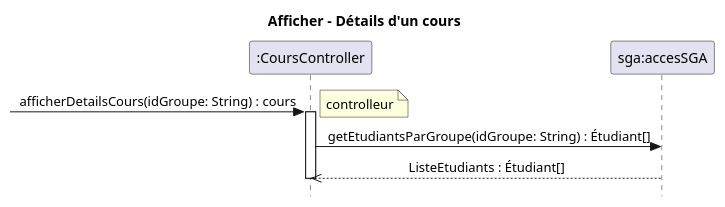
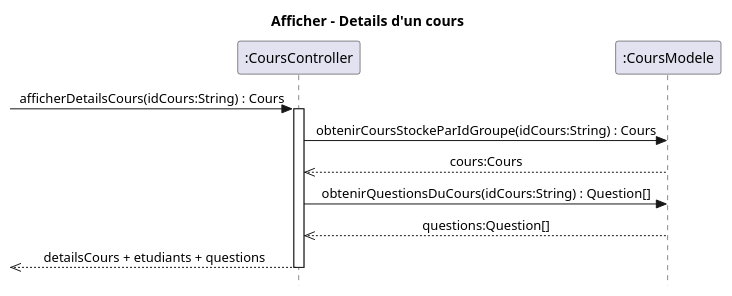
The diagram in docs/modeles/cu01/rdcu-afficherDetailsCours.puml (xMrYahya/moodle-clone), drawn with PlantUML before and after one commit. The commit also changed 24 other files, not shown here.

```diff
--- a/docs/modeles/cu01/rdcu-afficherDetailsCours.puml
+++ b/docs/modeles/cu01/rdcu-afficherDetailsCours.puml
@@ -1,16 +1,17 @@
 @startuml
-title Afficher - Détails d'un cours
+title Afficher - Details d'un cours
 skinparam Style strictuml
 skinparam sequenceMessageAlign center
 
-participant ":CoursController"  as CoursController
-participant "sga:accesSGA" as sga
+participant ":CoursController" as coursController
+participant ":CoursModele" as coursModele
 
- -> CoursController : afficherDetailsCours(idGroupe: String) : cours
-note right: controlleur
-activate CoursController
-CoursController -> sga : getEtudiantsParGroupe(idGroupe: String) : Étudiant[]
-sga -->> CoursController : ListeEtudiants : Étudiant[]
-
-deactivate CoursController
+-> coursController : afficherDetailsCours(idCours:String) : Cours
+activate coursController
+coursController -> coursModele : obtenirCoursStockeParIdGroupe(idCours:String) : Cours
+coursModele -->> coursController : cours:Cours
+coursController -> coursModele : obtenirQuestionsDuCours(idCours:String) : Question[]
+coursModele -->> coursController : questions:Question[]
+<<-- coursController : detailsCours + etudiants + questions
+deactivate coursController
 @enduml
```
